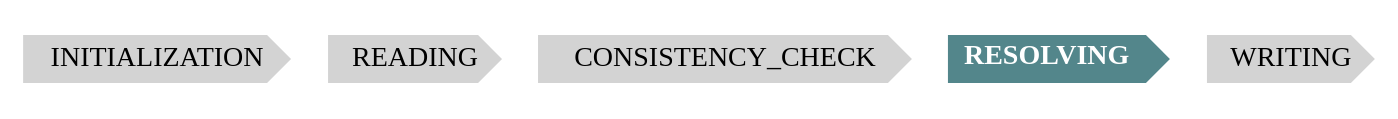
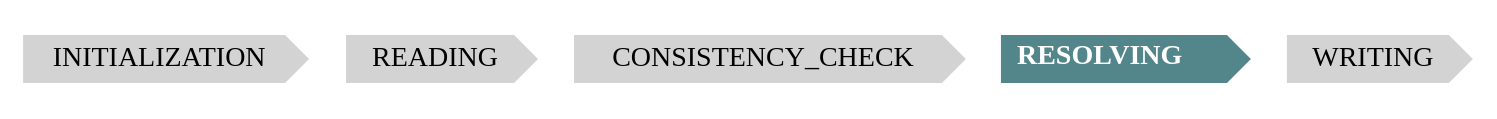
Before and after one commit to DocumentationBook/SphinxDocumentation: the diagram in research/sphinx/resolve/phases_resolve.gv, drawn with Graphviz. The commit also changed 12 other files, not shown here.

Commit message:
RESOLVE and WRITING phases started.

```diff
--- a/research/sphinx/resolve/phases_resolve.gv
+++ b/research/sphinx/resolve/phases_resolve.gv
@@ -1,9 +1,9 @@
 digraph {
 //	graph [rankdir=LR]
 	node [color=none fillcolor=lightgrey shape=cds style=filled]
-	"init" [label=INITIALIZATION href="../research/sphinx/app_init/" target=_top]
-	"read" [label=READING href="../research/sphinx/read/" target=_top]
-	"consistency" [label=CONSISTENCY_CHECK href="../research/sphinx/consistency/" target=_top]
-	"resolve" [label=<<b>RESOLVING</b>> fillcolor=cadetblue4 fontcolor=white href="../research/sphinx/resolve/" target=_top]
-	"write" [label="WRITING" href="../research/sphinx/write/" target=_top]
+	"init" [label="INITIALIZATION  " href="../research/sphinx/app_init/" target=_top]
+	"read" [label="READING  " href="../research/sphinx/read/" target=_top]
+	"consistency" [label="CONSISTENCY_CHECK  " href="../research/sphinx/consistency/" target=_top]
+	"resolve" [label=<<b>RESOLVING &#160;&#160;</b>> fillcolor=cadetblue4 fontcolor=white href="../research/sphinx/resolve/" target=_top]
+	"write" [label="WRITING  " href="../research/sphinx/write/" target=_top]
 }
```
